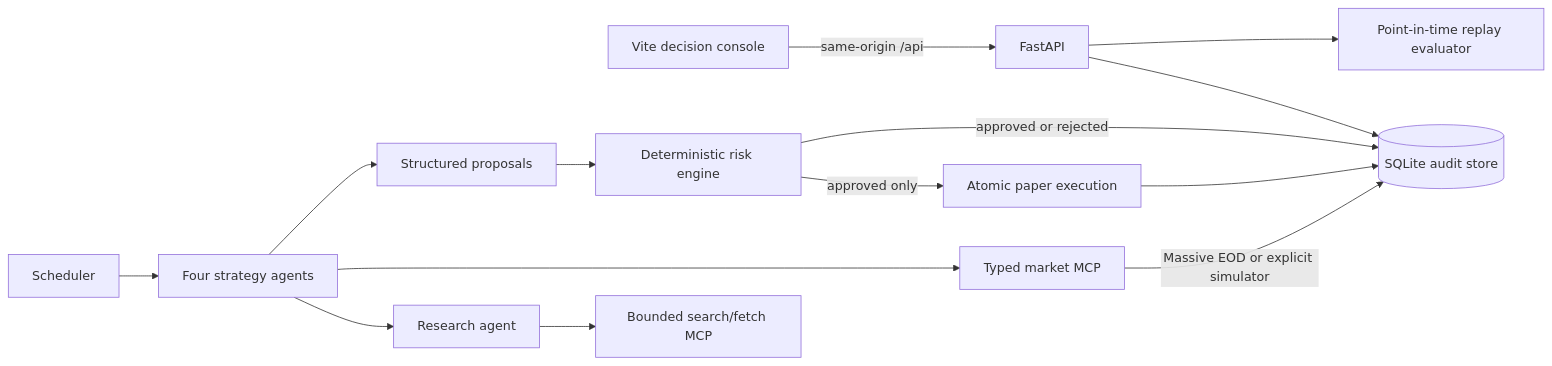
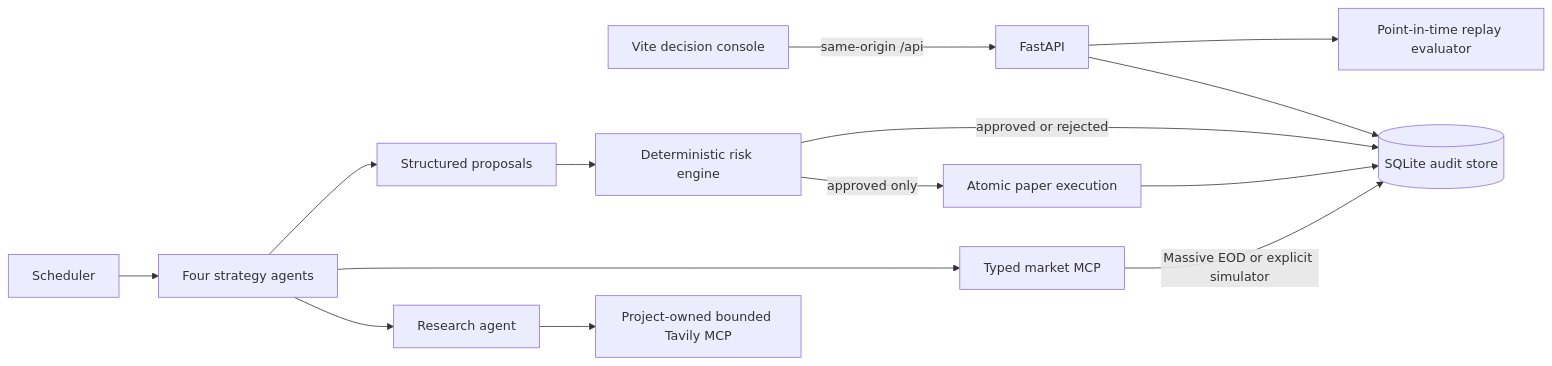
Before and after one commit to joelyrk/agentic-trading-floor: the diagram in ARCHITECTURE.md, drawn with Mermaid. The commit also changed other lines of this file and 26 other files, not shown here.

````diff
--- a/ARCHITECTURE.md
+++ b/ARCHITECTURE.md
@@ -7,16 +7,16 @@
 ```mermaid
 flowchart LR
     UI[Vite decision console] -->|same-origin /api| API[FastAPI]
     API --> DB[(SQLite audit store)]
     API --> REPLAY[Point-in-time replay evaluator]
     SCHED[Scheduler] --> TRADERS[Four strategy agents]
     TRADERS --> RESEARCH[Research agent]
     TRADERS --> MARKET[Typed market MCP]
-    RESEARCH --> SEARCH[Bounded search/fetch MCP]
+    RESEARCH --> SEARCH[Project-owned bounded Tavily MCP]
     TRADERS --> PROPOSALS[Structured proposals]
     PROPOSALS --> RISK[Deterministic risk engine]
     RISK -->|approved only| EXEC[Atomic paper execution]
     RISK -->|approved or rejected| DB
     EXEC --> DB
     MARKET -->|Massive EOD or explicit simulator| DB
 ```
````
